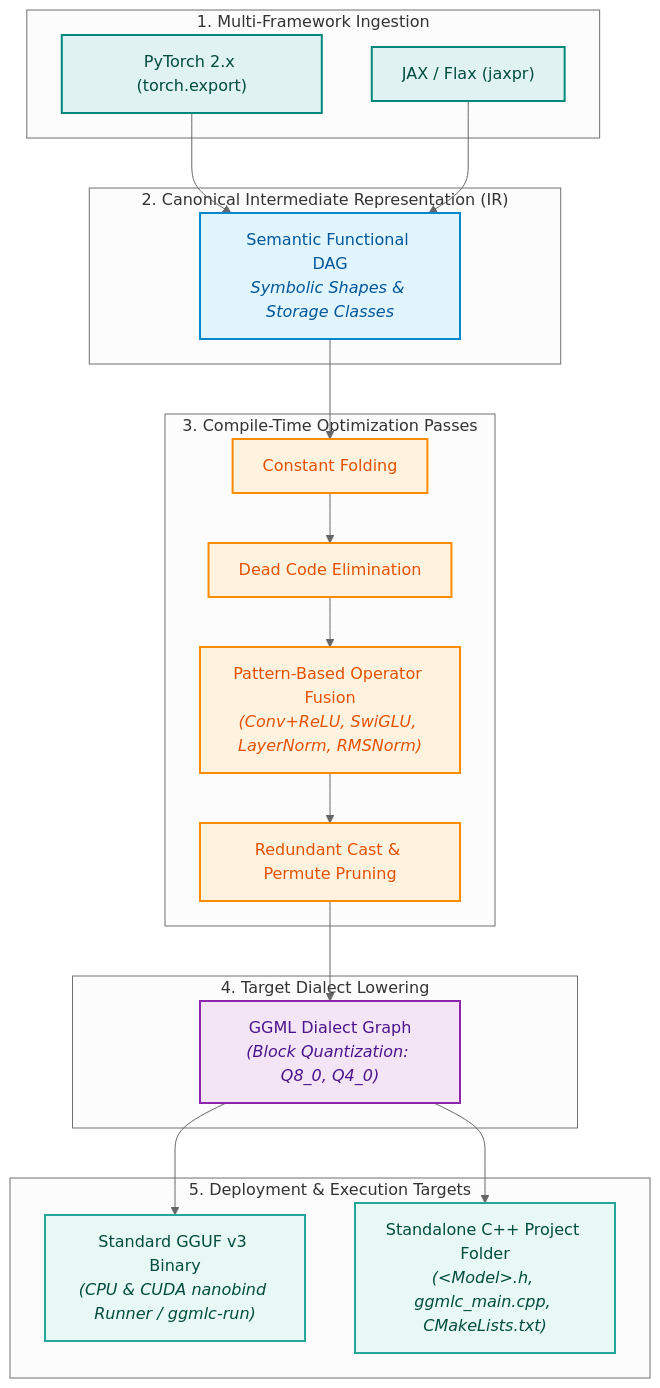
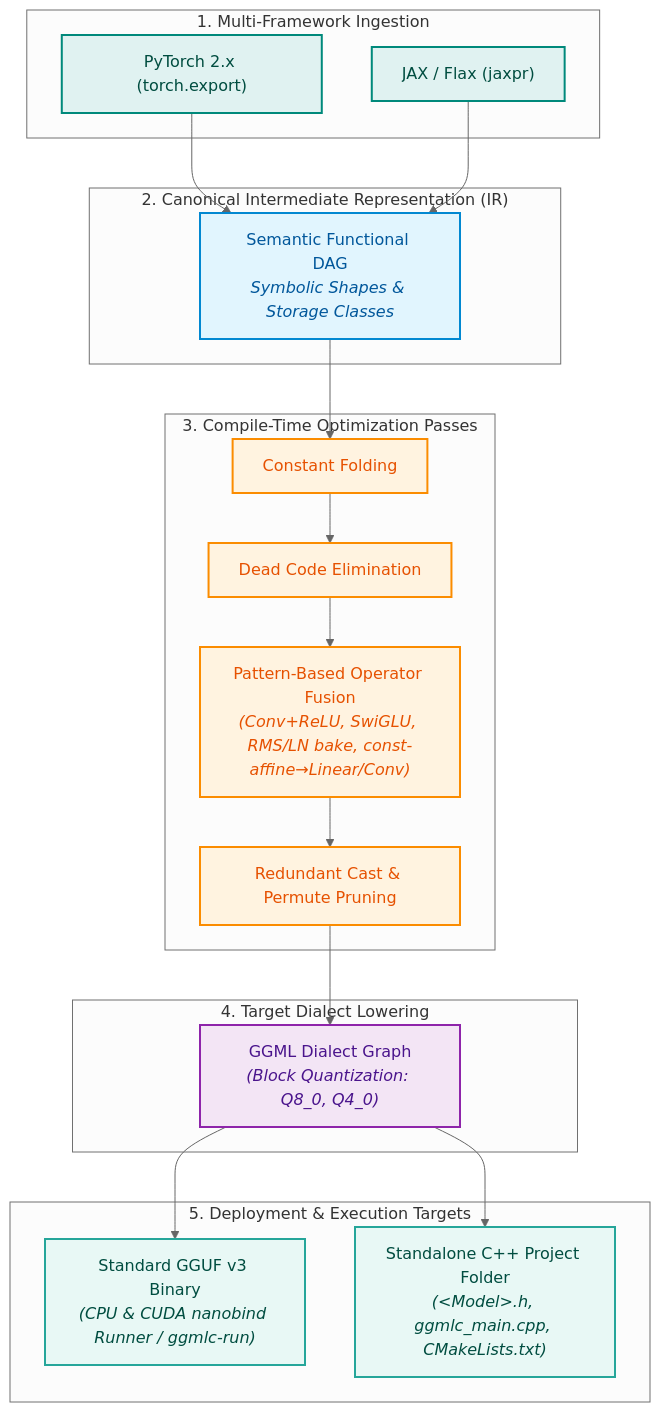
Before and after one commit to monatis/ggmlc: the diagram in README.md, drawn with Mermaid (neutral theme). The commit also changed 9 other files, not shown here.

Commit message:
perf (lowering): generic folding for const-affine + linear / conv

````diff
--- a/README.md
+++ b/README.md
@@ -46,46 +46,46 @@
 ```mermaid
 graph TD
     subgraph Frontends["1. Multi-Framework Ingestion"]
         PT["PyTorch 2.x (torch.export)"]
         JX["JAX / Flax (jaxpr)"]
     end
 
     subgraph IR["2. Canonical Intermediate Representation (IR)"]
         DAG["Semantic Functional DAG<br/><i>Symbolic Shapes & Storage Classes</i>"]
     end
 
     subgraph Passes["3. Compile-Time Optimization Passes"]
         CF["Constant Folding"]
         DCE["Dead Code Elimination"]
-        FUS["Pattern-Based Operator Fusion<br/><i>(Conv+ReLU, SwiGLU, LayerNorm, RMSNorm)</i>"]
+        FUS["Pattern-Based Operator Fusion<br/><i>(Conv+ReLU, SwiGLU, RMS/LN bake, const-affine→Linear/Conv)</i>"]
         PRN["Redundant Cast & Permute Pruning"]
     end
 
     subgraph Lowering["4. Target Dialect Lowering"]
         GGML["GGML Dialect Graph<br/><i>(Block Quantization: Q8_0, Q4_0)</i>"]
     end
 
     subgraph Outputs["5. Deployment & Execution Targets"]
         GGUF["Standard GGUF v3 Binary<br/><i>(CPU &amp; CUDA nanobind Runner / ggmlc-run)</i>"]
         CPP["Standalone C++ Project Folder<br/><i>(&lt;Model&gt;.h, ggmlc_main.cpp, CMakeLists.txt)</i>"]
     end
 
     PT --> DAG
     JX --> DAG
     DAG --> CF --> DCE --> FUS --> PRN
     PRN --> GGML
     GGML --> GGUF
     GGML --> CPP
 
     classDef frontend fill:#e0f2f1,stroke:#00897b,stroke-width:2px,color:#004d40;
     classDef ir fill:#e1f5fe,stroke:#0288d1,stroke-width:2px,color:#01579b;
     classDef passes fill:#fff3e0,stroke:#fb8c00,stroke-width:2px,color:#e65100;
     classDef target fill:#f3e5f5,stroke:#8e24aa,stroke-width:2px,color:#4a148c;
     classDef deploy fill:#e8f8f5,stroke:#26a69a,stroke-width:2px,color:#004d40;
 
     class PT,JX frontend;
     class DAG ir;
     class CF,DCE,FUS,PRN passes;
     class GGML target;
     class GGUF,CPP deploy;
 ```
````
